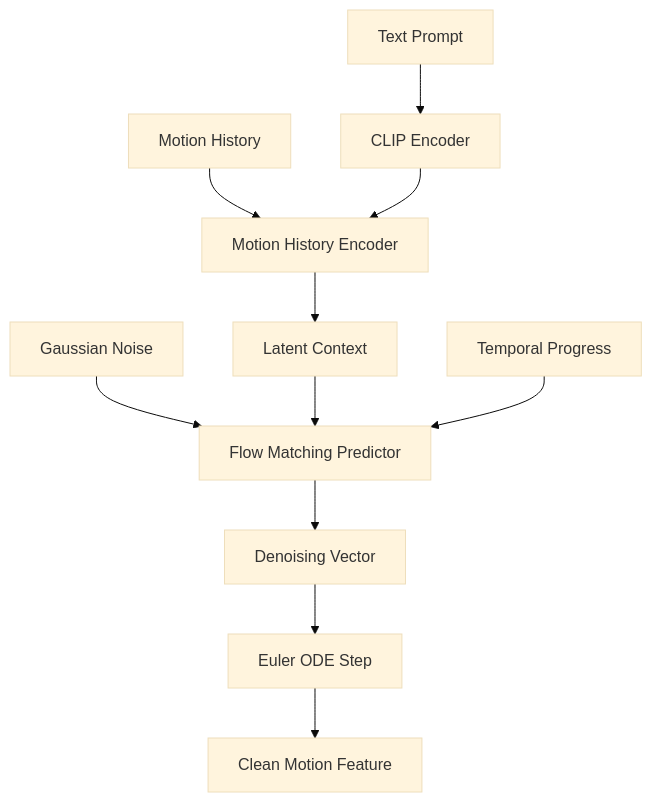
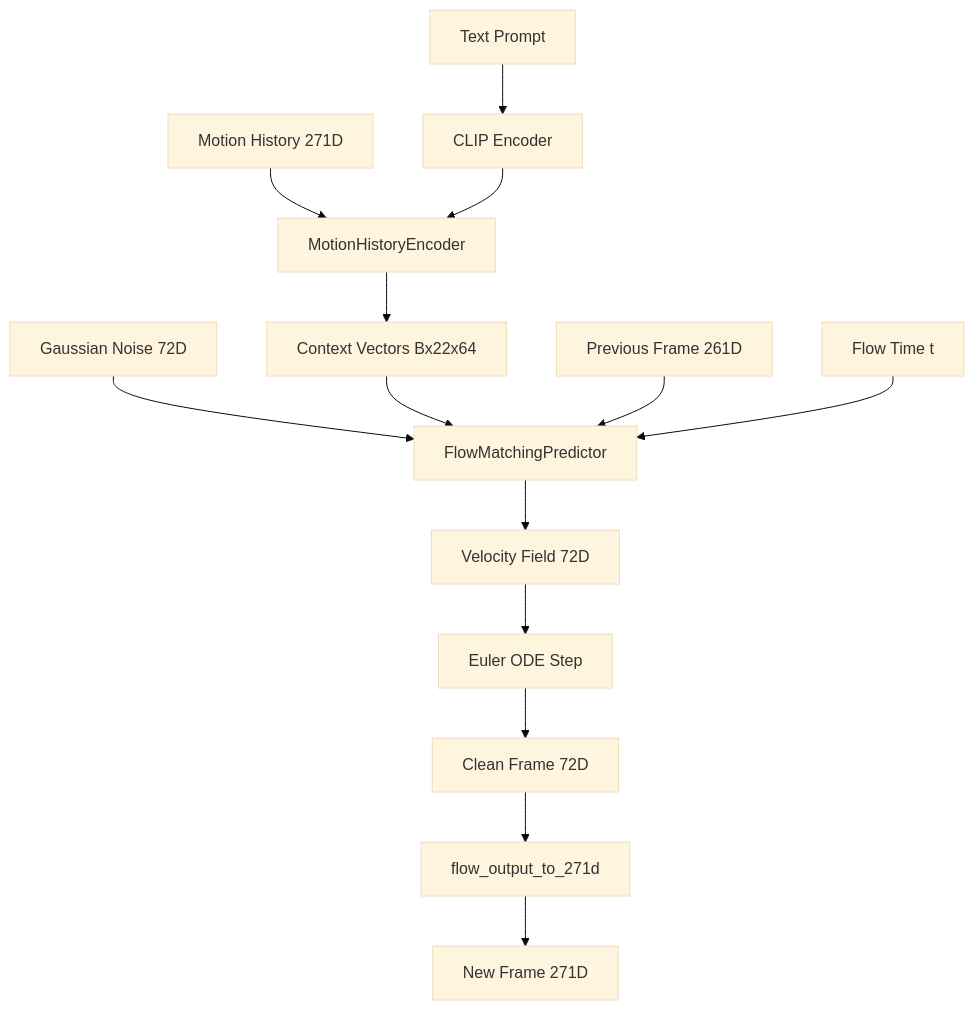
Before and after one commit to Mumu-kun/CSE330-Project-3D-Motion-Generation: the first of 2 diagrams in docs/high_level_design.md, drawn with Mermaid (base theme). The commit also changed other lines of this file and 5 other files, not shown here.

````diff
--- a/docs/high_level_design.md
+++ b/docs/high_level_design.md
@@ -37,15 +436,18 @@
 ```mermaid
 graph TD
     Text[Text Prompt] --> CLIP[CLIP Encoder]
-    History[Motion History] --> Encoder[Motion History Encoder]
+    History[Motion History 271D] --> Encoder[MotionHistoryEncoder]
     CLIP --> Encoder
-    Encoder --> Context[Latent Context]
+    Encoder --> Context[Context Vectors Bx22x64]
     
-    Noise[Gaussian Noise] --> Predictor[Flow Matching Predictor]
+    Noise[Gaussian Noise 72D] --> Predictor[FlowMatchingPredictor]
     Context --> Predictor
-    Prog[Temporal Progress] --> Predictor
+    PrevFrame[Previous Frame 261D] --> Predictor
+    Time[Flow Time t] --> Predictor
     
-    Predictor --> Denoising[Denoising Vector]
-    Denoising --> Euler[Euler ODE Step]
-    Euler --> Generated[Clean Motion Feature]
+    Predictor --> Velocity[Velocity Field 72D]
+    Velocity --> Euler[Euler ODE Step]
+    Euler --> CleanFrame[Clean Frame 72D]
+    CleanFrame --> Convert[flow_output_to_271d]
+    Convert --> NewFrame[New Frame 271D]
 ```
````
